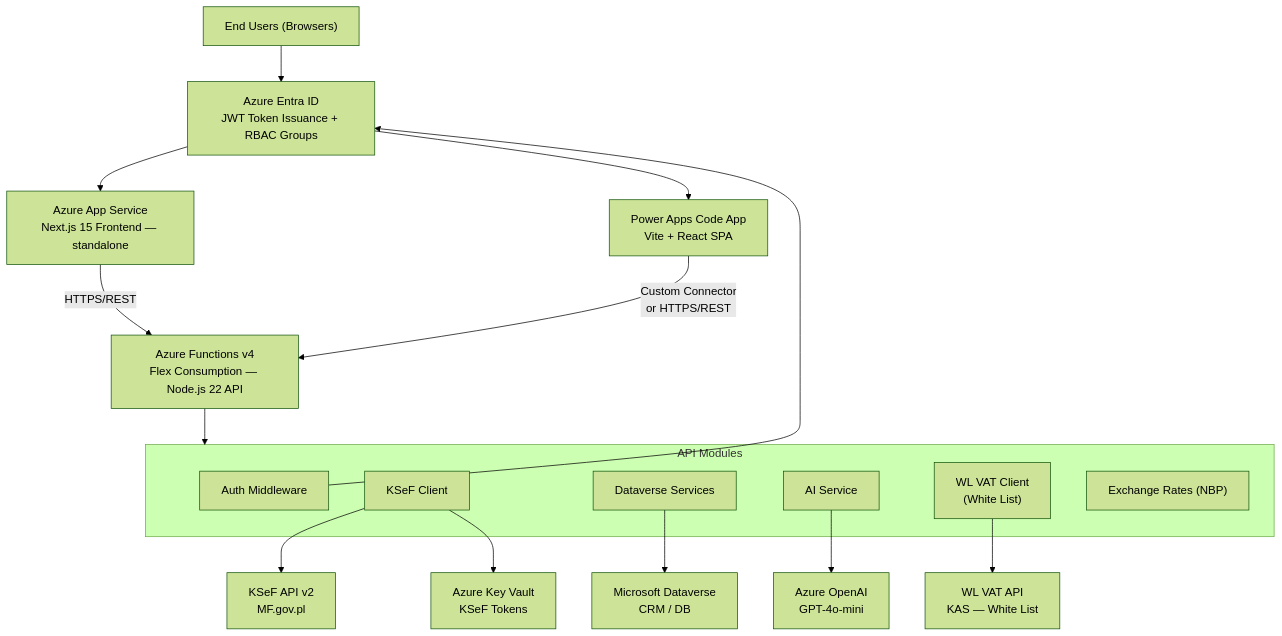
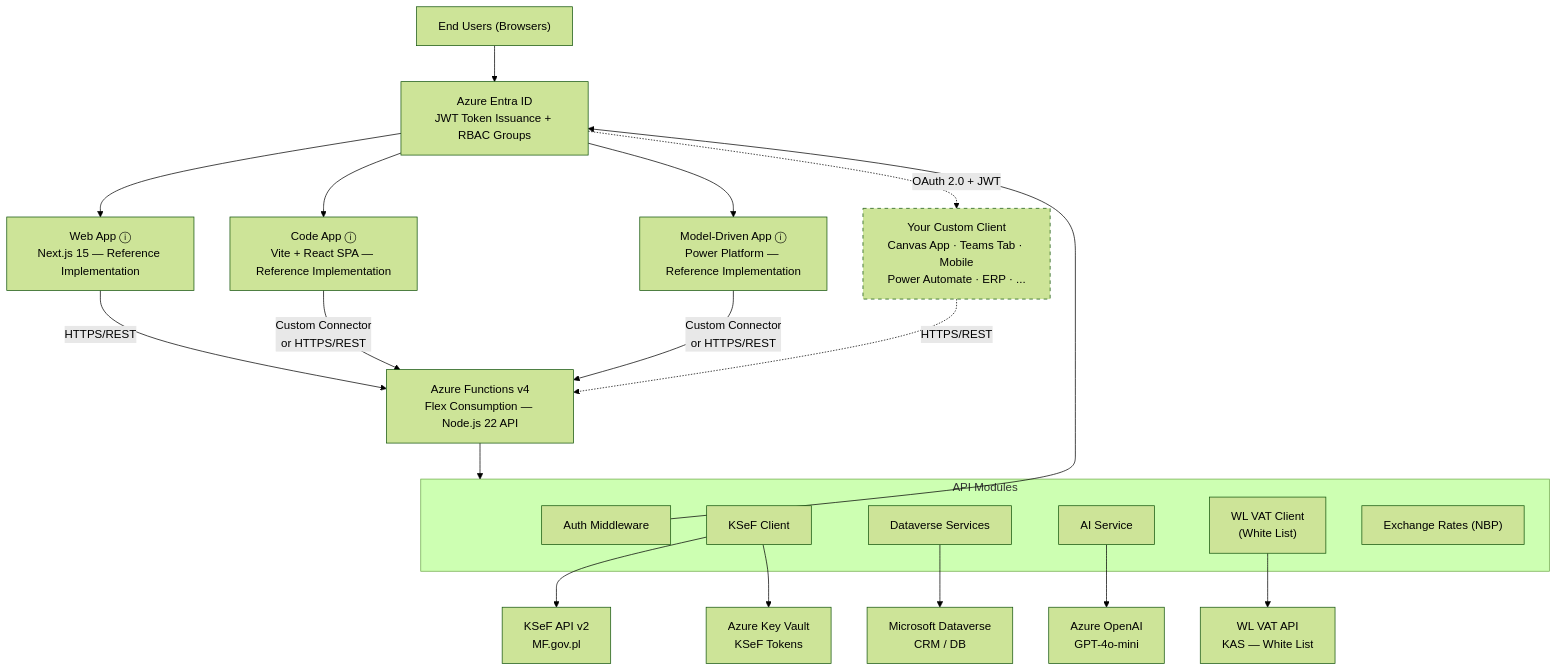
The first of 6 diagrams in docs/ARCHITECTURE.md (Developico/KSeF-Copilot), drawn with Mermaid (forest theme) before and after one commit. The commit also changed other lines of this file and 7 other files, not shown here.

First line of the commit message:
docs: clarify API-First/Frontend-Agnostic architecture, add rebase/PR-size policy, fix SKIP_AUTH descriptions

````diff
--- a/docs/ARCHITECTURE.md
+++ b/docs/ARCHITECTURE.md
@@ -38,26 +60,32 @@
 ```mermaid
 graph TB
     Users["End Users (Browsers)"] --> EntraID["Azure Entra ID<br/>JWT Token Issuance + RBAC Groups"]
-    EntraID --> WebApp["Azure App Service<br/>Next.js 15 Frontend — standalone"]
-    EntraID --> CodeApp["Power Apps Code App<br/>Vite + React SPA"]
+    EntraID --> WebApp["Web App ⓘ<br/>Next.js 15 — Reference Implementation"]
+    EntraID --> CodeApp["Code App ⓘ<br/>Vite + React SPA — Reference Implementation"]
+    EntraID --> MDA["Model-Driven App ⓘ<br/>Power Platform — Reference Implementation"]
+    EntraID -.->|OAuth 2.0 + JWT| CustomClient["Your Custom Client<br/>Canvas App · Teams Tab · Mobile<br/>Power Automate · ERP · ..."]
     
     WebApp -->|HTTPS/REST| API["Azure Functions v4<br/>Flex Consumption — Node.js 22 API"]
     CodeApp -->|Custom Connector<br/>or HTTPS/REST| API
+    MDA -->|Custom Connector<br/>or HTTPS/REST| API
+    CustomClient -.->|HTTPS/REST| API
 
     subgraph API_Modules["API Modules"]
         Auth["Auth Middleware"]
         KSeFClient["KSeF Client"]
         DVServices["Dataverse Services"]
         AIService["AI Service"]
         VATClient["WL VAT Client<br/>(White List)"]
         NBP["Exchange Rates (NBP)"]
     end
 
     API --> API_Modules
     Auth --> EntraID
     AIService --> OpenAI["Azure OpenAI<br/>GPT-4o-mini"]
     KSeFClient --> KSeF["KSeF API v2<br/>MF.gov.pl"]
     DVServices --> Dataverse["Microsoft Dataverse<br/>CRM / DB"]
     VATClient --> WLAPI["WL VAT API<br/>KAS — White List"]
     KSeFClient --> KeyVault["Azure Key Vault<br/>KSeF Tokens"]
+
+    style CustomClient stroke-dasharray: 5 5
 ```
````
